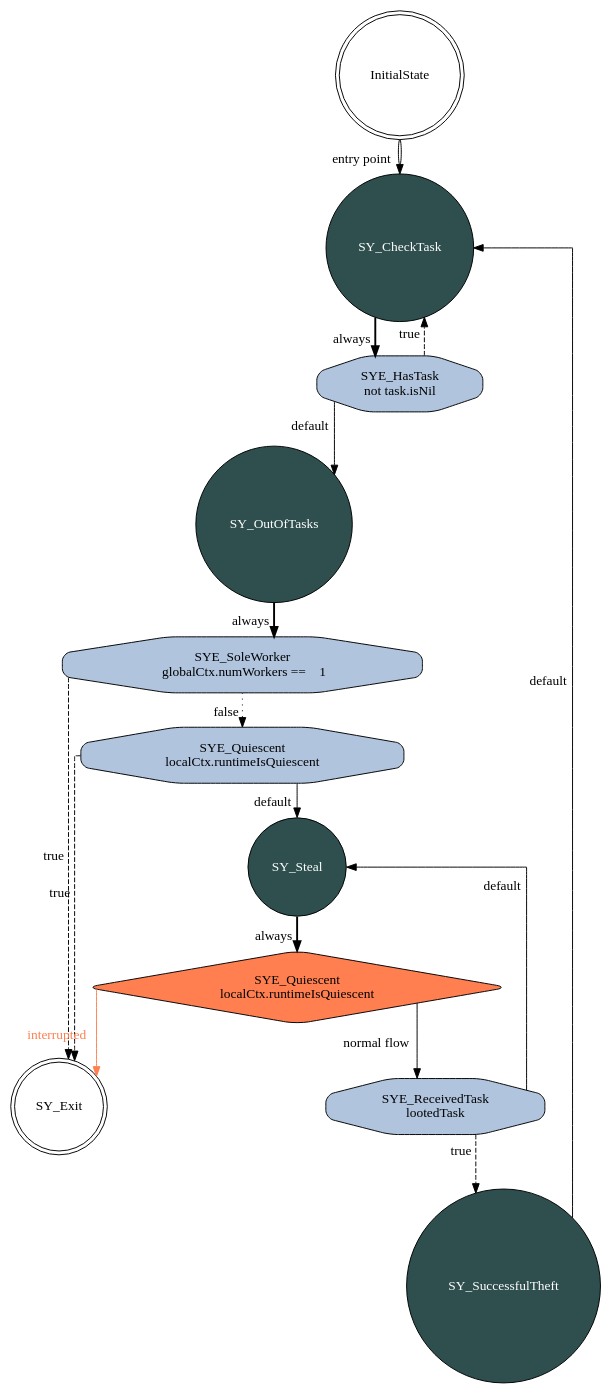
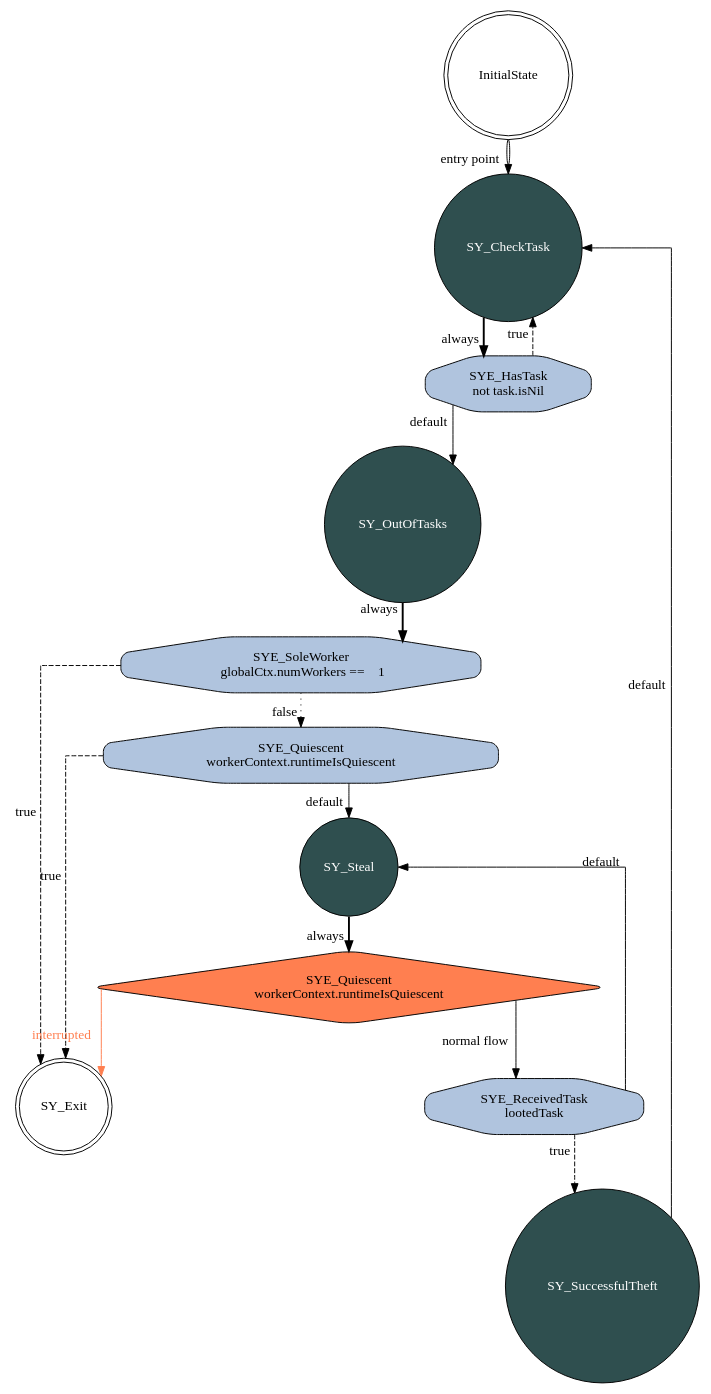
Before and after one commit to mratsim/weave: the diagram in weave/state_machines/sync_root.dot, drawn with Graphviz. The commit also changed 17 other files, not shown here.

```diff
--- a/weave/state_machines/sync_root.dot
+++ b/weave/state_machines/sync_root.dot
@@ -1,27 +1,27 @@
 digraph syncRootFSA{
     splines=ortho;
     node [shape = doublecircle]; InitialState SY_Exit;
     node [shape = circle, fontcolor=white, fillcolor=darkslategrey, style="filled"]; SY_OutOfTasks SY_CheckTask SY_SuccessfulTheft SY_Steal;
     InitialState -> SY_CheckTask [color="black:invis:black", xlabel="entry point"];
     node [shape = octagon, fontcolor=black, fillcolor=lightsteelblue, style="rounded,filled"]; SY_OutOfTasks_SYE_SoleWorker SY_OutOfTasks_SYE_Quiescent SY_CheckTask_SYE_HasTask SY_Steal_SYE_ReceivedTask ;
     node [shape = diamond, fontcolor=black, fillcolor=coral, style="rounded,filled"]; SY_Steal_SYE_Quiescent ;
     SY_OutOfTasks_SYE_SoleWorker [label="SYE_SoleWorker\n  globalCtx.numWorkers ==    1"];
-    SY_OutOfTasks_SYE_Quiescent [label="SYE_Quiescent\nlocalCtx.runtimeIsQuiescent"];
+    SY_OutOfTasks_SYE_Quiescent [label="SYE_Quiescent\nworkerContext.runtimeIsQuiescent"];
     SY_CheckTask_SYE_HasTask [label="SYE_HasTask\nnot task.isNil"];
     SY_Steal_SYE_ReceivedTask [label="SYE_ReceivedTask\nlootedTask"];
-    SY_Steal_SYE_Quiescent [label="SYE_Quiescent\nlocalCtx.runtimeIsQuiescent"];
+    SY_Steal_SYE_Quiescent [label="SYE_Quiescent\nworkerContext.runtimeIsQuiescent"];
     SY_OutOfTasks -> SY_OutOfTasks_SYE_SoleWorker[style=bold, xlabel="always"];
     SY_OutOfTasks_SYE_SoleWorker -> SY_Exit [style=dashed, xlabel="true"];
     SY_OutOfTasks_SYE_SoleWorker -> SY_OutOfTasks_SYE_Quiescent[style=dotted, xlabel="false"];
     SY_OutOfTasks_SYE_Quiescent -> SY_Exit [style=dashed, xlabel="true"];
     SY_OutOfTasks_SYE_Quiescent -> SY_Steal [xlabel="default"];
     SY_CheckTask -> SY_CheckTask_SYE_HasTask[style=bold, xlabel="always"];
     SY_CheckTask_SYE_HasTask -> SY_CheckTask [style=dashed, xlabel="true"];
     SY_CheckTask_SYE_HasTask -> SY_OutOfTasks [xlabel="default"];
     SY_SuccessfulTheft -> SY_CheckTask [xlabel="default"];
     SY_Steal -> SY_Steal_SYE_Quiescent[style=bold, xlabel="always"];
     SY_Steal_SYE_Quiescent -> SY_Exit [color="coral", fontcolor="coral", xlabel="interrupted"];
     SY_Steal_SYE_Quiescent -> SY_Steal_SYE_ReceivedTask[xlabel="normal flow"];
     SY_Steal_SYE_ReceivedTask -> SY_SuccessfulTheft [style=dashed, xlabel="true"];
     SY_Steal_SYE_ReceivedTask -> SY_Steal [xlabel="default"];
 }
```
